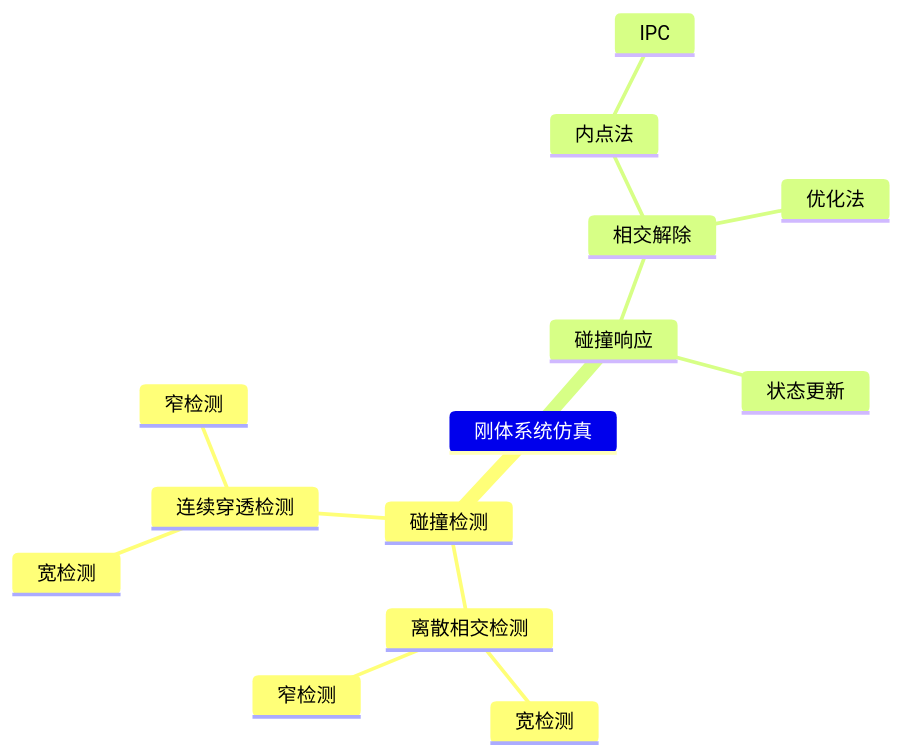
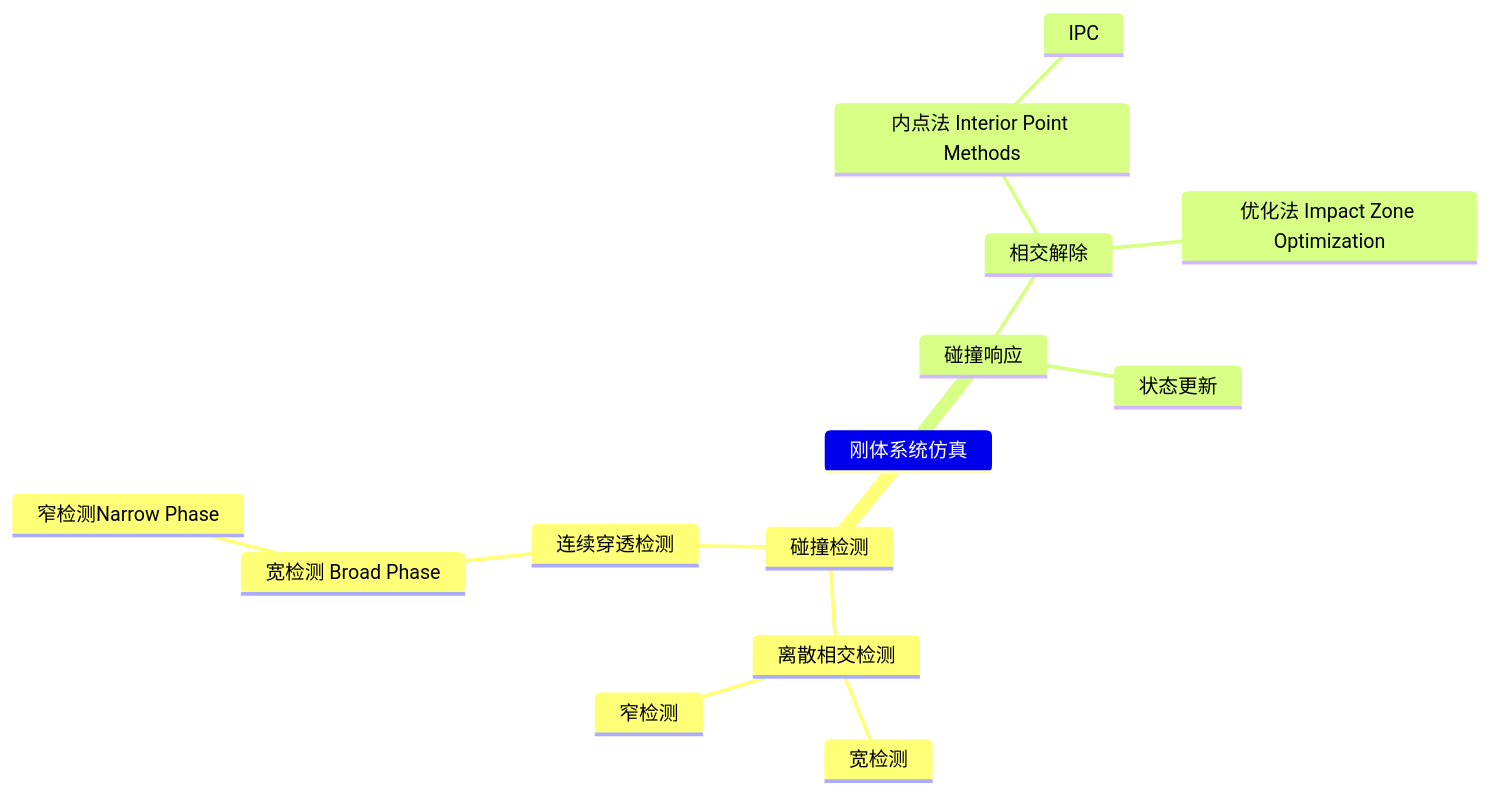
One commit to CaterpillarStudyGroup/GAMES103_mdbook changed the diagram in src/RigidSystem/RigidSystem.md. Above: the diagram before and after it, drawn with Mermaid. The commit also changed other lines of this file, not shown here.

````diff
--- a/src/RigidSystem/RigidSystem.md
+++ b/src/RigidSystem/RigidSystem.md
@@ -11,18 +6,18 @@
 ```mermaid
 mindmap
 刚体系统仿真
     碰撞检测
         离散相交检测
             宽检测
             窄检测
         连续穿透检测
-            宽检测
-            窄检测
+            宽检测 Broad Phase
+             窄检测Narrow Phase
     碰撞响应
         相交解除
-            内点法
+            内点法 Interior Point Methods
                 IPC
-            优化法
+            优化法 Impact Zone Optimization
         状态更新
             
 ```
````
